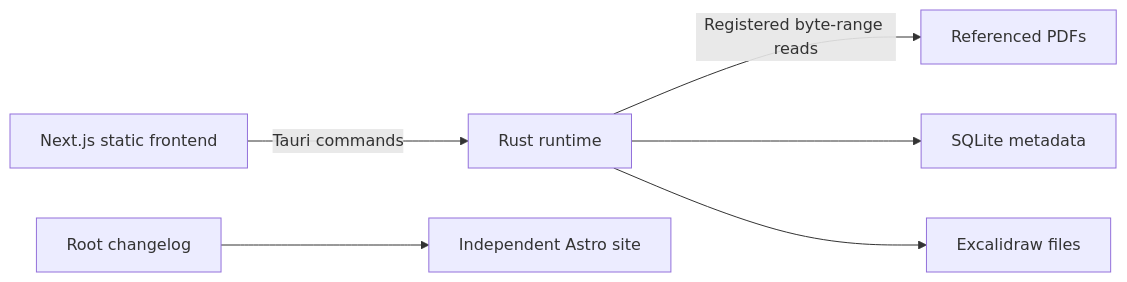
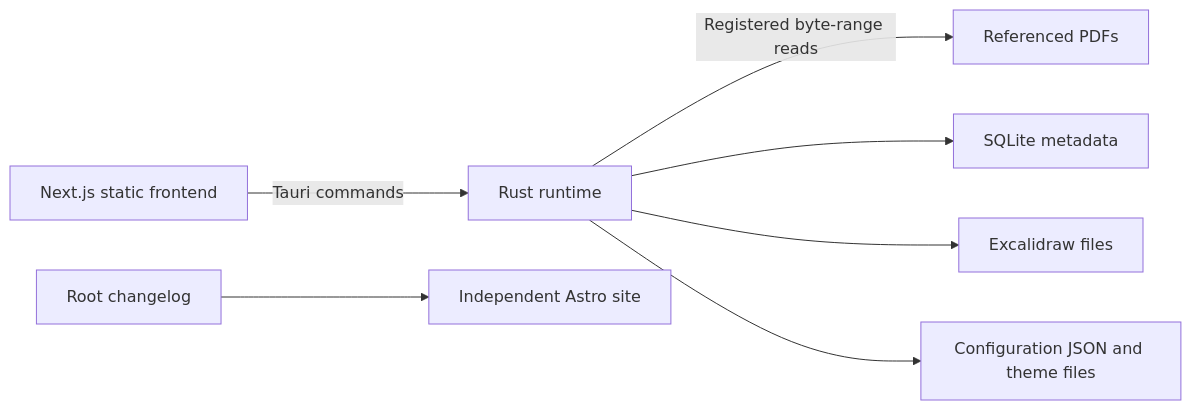
One commit to HYP3R00T/Locus changed the diagram in docs/architecture.md. Above: the diagram before and after it, drawn with Mermaid. The commit also changed other lines of this file and 10 other files, not shown here.

````diff
--- a/docs/architecture.md
+++ b/docs/architecture.md
@@ -20,8 +20,9 @@
 ```mermaid
 flowchart LR
   UI[Next.js static frontend] -->|Tauri commands| Rust[Rust runtime]
   Rust -->|Registered byte-range reads| PDF[Referenced PDFs]
   Rust --> DB[SQLite metadata]
   Rust --> Scenes[Excalidraw files]
+  Rust --> Config[Configuration JSON and theme files]
   Change[Root changelog] --> Site[Independent Astro site]
 ```
````
